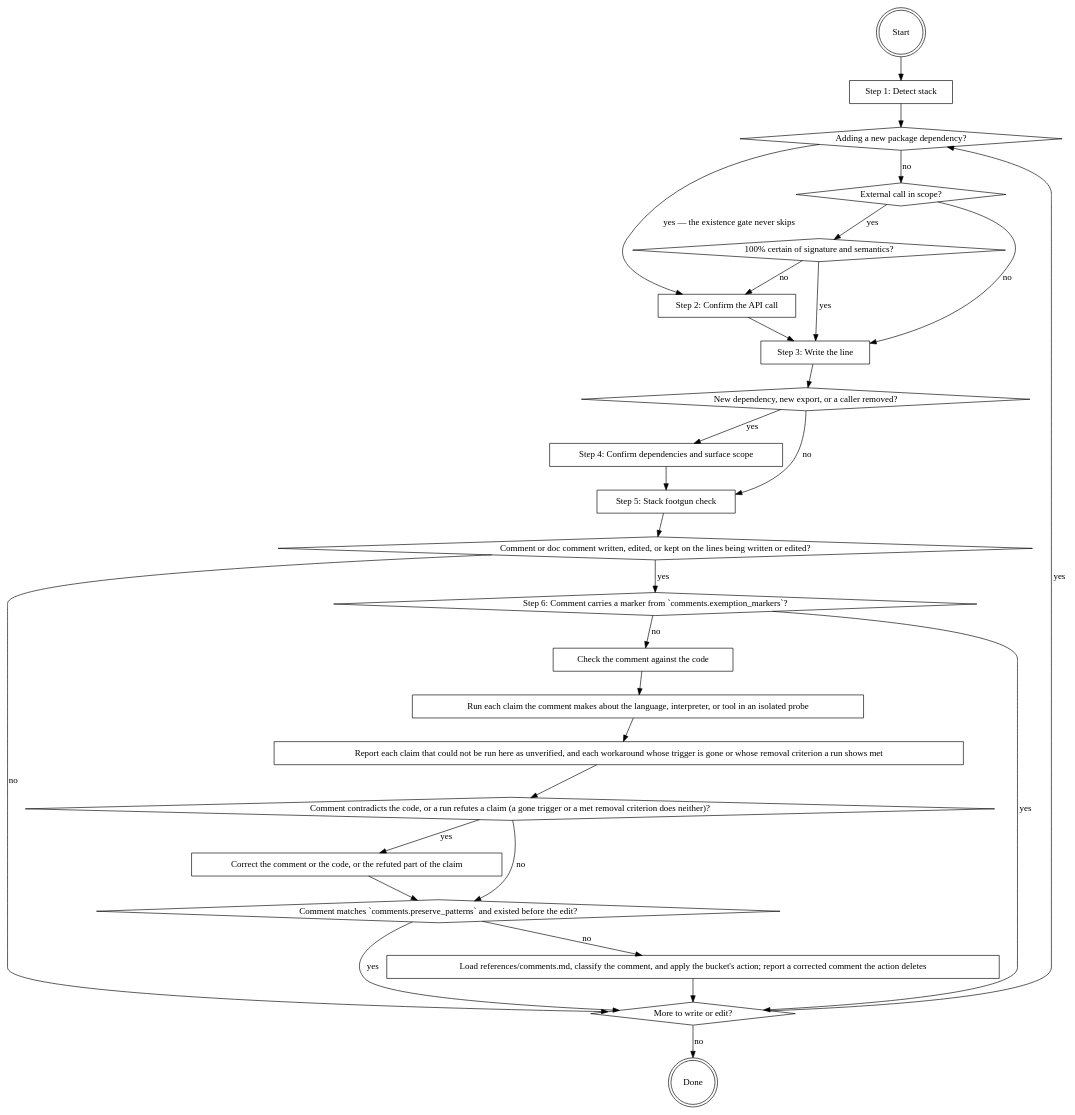
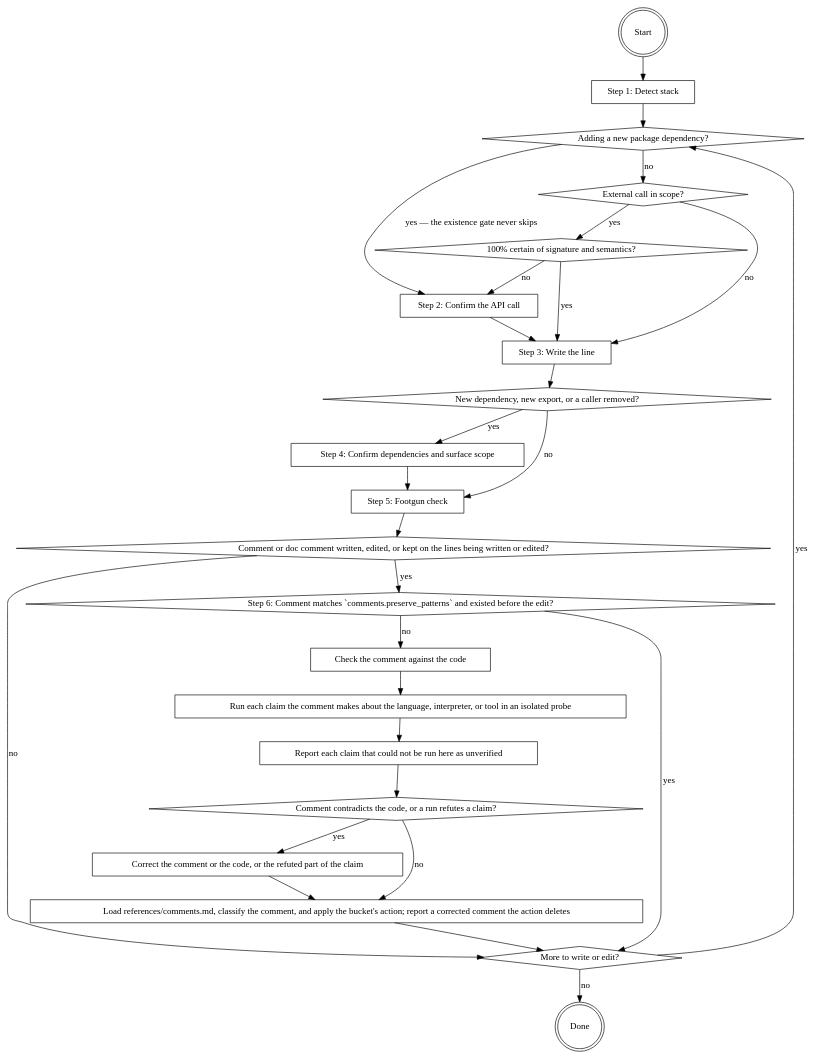
One commit to it-bens/ai-tools changed the diagram in plugins/software-writer/skills/writing-code/SKILL.md. Above: the diagram before and after it, drawn with Graphviz. The commit also changed other lines of this file and 7 other files, not shown here.

First line of the commit message:
refactor(software-writer)!: reduce writing-code to step-input content

````diff
--- a/plugins/software-writer/skills/writing-code/SKILL.md
+++ b/plugins/software-writer/skills/writing-code/SKILL.md
@@ -20,54 +18,51 @@
 ```dot
 digraph writing_code {
     "Start" [shape=doublecircle];
     "Step 1: Detect stack" [shape=box];
     "Adding a new package dependency?" [shape=diamond];
     "External call in scope?" [shape=diamond];
     "100% certain of signature and semantics?" [shape=diamond];
     "Step 2: Confirm the API call" [shape=box];
     "Step 3: Write the line" [shape=box];
     "New dependency, new export, or a caller removed?" [shape=diamond];
     "Step 4: Confirm dependencies and surface scope" [shape=box];
-    "Step 5: Stack footgun check" [shape=box];
+    "Step 5: Footgun check" [shape=box];
     "Comment or doc comment written, edited, or kept on the lines being written or edited?" [shape=diamond];
-    "Step 6: Comment carries a marker from `comments.exemption_markers`?" [shape=diamond];
+    "Step 6: Comment matches `comments.preserve_patterns` and existed before the edit?" [shape=diamond];
     "Check the comment against the code" [shape=box];
     "Run each claim the comment makes about the language, interpreter, or tool in an isolated probe" [shape=box];
-    "Report each claim that could not be run here as unverified, and each workaround whose trigger is gone or whose removal criterion a run shows met" [shape=box];
-    "Comment contradicts the code, or a run refutes a claim (a gone trigger or a met removal criterion does neither)?" [shape=diamond];
+    "Report each claim that could not be run here as unverified" [shape=box];
+    "Comment contradicts the code, or a run refutes a claim?" [shape=diamond];
     "Correct the comment or the code, or the refuted part of the claim" [shape=box];
-    "Comment matches `comments.preserve_patterns` and existed before the edit?" [shape=diamond];
     "Load references/comments.md, classify the comment, and apply the bucket's action; report a corrected comment the action deletes" [shape=box];
     "More to write or edit?" [shape=diamond];
     "Done" [shape=doublecircle];
 
     "Start" -> "Step 1: Detect stack" -> "Adding a new package dependency?";
     "Adding a new package dependency?" -> "Step 2: Confirm the API call" [label="yes — the existence gate never skips"];
     "Adding a new package dependency?" -> "External call in scope?" [label="no"];
     "External call in scope?" -> "100% certain of signature and semantics?" [label="yes"];
     "External call in scope?" -> "Step 3: Write the line" [label="no"];
     "100% certain of signature and semantics?" -> "Step 3: Write the line" [label="yes"];
     "100% certain of signature and semantics?" -> "Step 2: Confirm the API call" [label="no"];
     "Step 2: Confirm the API call" -> "Step 3: Write the line";
     "Step 3: Write the line" -> "New dependency, new export, or a caller removed?";
     "New dependency, new export, or a caller removed?" -> "Step 4: Confirm dependencies and surface scope" [label="yes"];
-    "New dependency, new export, or a caller removed?" -> "Step 5: Stack footgun check" [label="no"];
-    "Step 4: Confirm dependencies and surface scope" -> "Step 5: Stack footgun check";
-    "Step 5: Stack footgun check" -> "Comment or doc comment written, edited, or kept on the lines being written or edited?";
-    "Comment or doc comment written, edited, or kept on the lines being written or edited?" -> "Step 6: Comment carries a marker from `comments.exemption_markers`?" [label="yes"];
+    "New dependency, new export, or a caller removed?" -> "Step 5: Footgun check" [label="no"];
+    "Step 4: Confirm dependencies and surface scope" -> "Step 5: Footgun check";
+    "Step 5: Footgun check" -> "Comment or doc comment written, edited, or kept on the lines being written or edited?";
+    "Comment or doc comment written, edited, or kept on the lines being written or edited?" -> "Step 6: Comment matches `comments.preserve_patterns` and existed before the edit?" [label="yes"];
     "Comment or doc comment written, edited, or kept on the lines being written or edited?" -> "More to write or edit?" [label="no"];
-    "Step 6: Comment carries a marker from `comments.exemption_markers`?" -> "More to write or edit?" [label="yes"];
-    "Step 6: Comment carries a marker from `comments.exemption_markers`?" -> "Check the comment against the code" [label="no"];
+    "Step 6: Comment matches `comments.preserve_patterns` and existed before the edit?" -> "More to write or edit?" [label="yes"];
+    "Step 6: Comment matches `comments.preserve_patterns` and existed before the edit?" -> "Check the comment against the code" [label="no"];
     "Check the comment against the code" -> "Run each claim the comment makes about the language, interpreter, or tool in an isolated probe";
-    "Run each claim the comment makes about the language, interpreter, or tool in an isolated probe" -> "Report each claim that could not be run here as unverified, and each workaround whose trigger is gone or whose removal criterion a run shows met";
-    "Report each claim that could not be run here as unverified, and each workaround whose trigger is gone or whose removal criterion a run shows met" -> "Comment contradicts the code, or a run refutes a claim (a gone trigger or a met removal criterion does neither)?";
-    "Comment contradicts the code, or a run refutes a claim (a gone trigger or a met removal criterion does neither)?" -> "Correct the comment or the code, or the refuted part of the claim" [label="yes"];
-    "Comment contradicts the code, or a run refutes a claim (a gone trigger or a met removal criterion does neither)?" -> "Comment matches `comments.preserve_patterns` and existed before the edit?" [label="no"];
-    "Correct the comment or the code, or the refuted part of the claim" -> "Comment matches `comments.preserve_patterns` and existed before the edit?";
-    "Comment matches `comments.preserve_patterns` and existed before the edit?" -> "More to write or edit?" [label="yes"];
-    "Comment matches `comments.preserve_patterns` and existed before the edit?" -> "Load references/comments.md, classify the comment, and apply the bucket's action; report a corrected comment the action deletes" [label="no"];
+    "Run each claim the comment makes about the language, interpreter, or tool in an isolated probe" -> "Report each claim that could not be run here as unverified";
+    "Report each claim that could not be run here as unverified" -> "Comment contradicts the code, or a run refutes a claim?";
+    "Comment contradicts the code, or a run refutes a claim?" -> "Correct the comment or the code, or the refuted part of the claim" [label="yes"];
+    "Comment contradicts the code, or a run refutes a claim?" -> "Load references/comments.md, classify the comment, and apply the bucket's action; report a corrected comment the action deletes" [label="no"];
+    "Correct the comment or the code, or the refuted part of the claim" -> "Load references/comments.md, classify the comment, and apply the bucket's action; report a corrected comment the action deletes";
     "Load references/comments.md, classify the comment, and apply the bucket's action; report a corrected comment the action deletes" -> "More to write or edit?";
     "More to write or edit?" -> "Adding a new package dependency?" [label="yes"];
     "More to write or edit?" -> "Done" [label="no"];
 }
 ```
````
